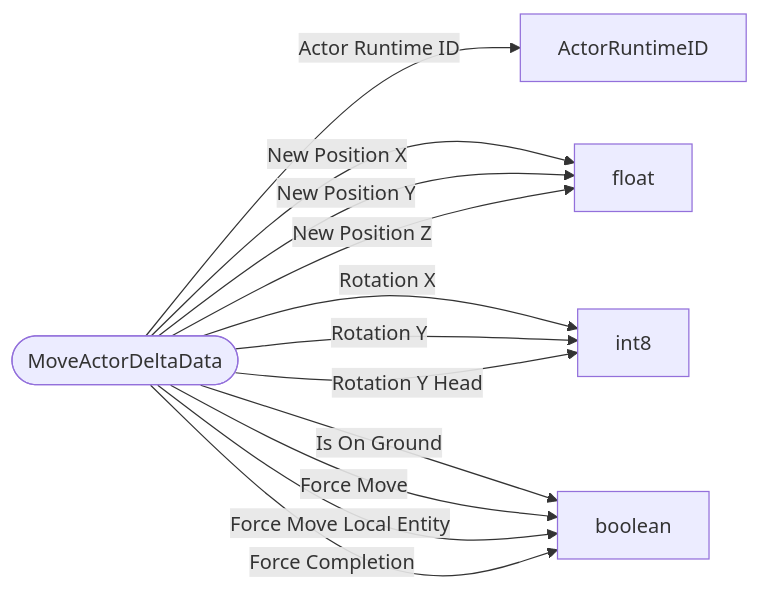
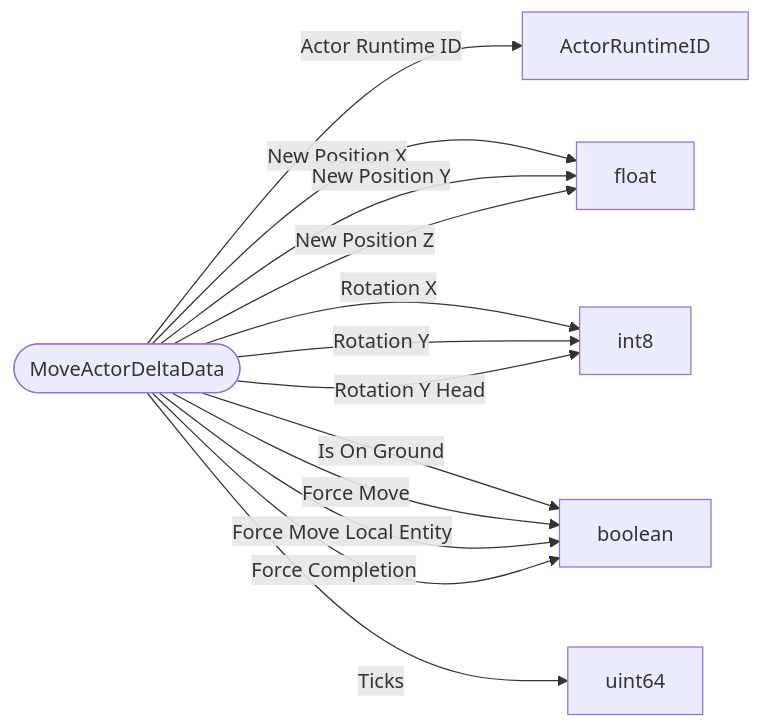
Before and after one commit to bedrock-v/protocol-docs: the diagram in schemas/types/MoveActorDeltaData.md, drawn with Mermaid. The commit also changed 114 other files, not shown here.

````diff
--- a/schemas/types/MoveActorDeltaData.md
+++ b/schemas/types/MoveActorDeltaData.md
@@ -5,15 +5,16 @@
 ```mermaid
 flowchart LR
   ROOT(["MoveActorDeltaData"])
   ROOT -->|"Actor Runtime ID"| ActorRuntimeID["ActorRuntimeID"]
   ROOT -->|"New Position X"| float["float"]
   ROOT -->|"New Position Y"| float["float"]
   ROOT -->|"New Position Z"| float["float"]
   ROOT -->|"Rotation X"| int8["int8"]
   ROOT -->|"Rotation Y"| int8["int8"]
   ROOT -->|"Rotation Y Head"| int8["int8"]
   ROOT -->|"Is On Ground"| boolean["boolean"]
   ROOT -->|"Force Move"| boolean["boolean"]
   ROOT -->|"Force Move Local Entity"| boolean["boolean"]
   ROOT -->|"Force Completion"| boolean["boolean"]
+  ROOT -->|"Ticks"| uint64["uint64"]
 ```
````
